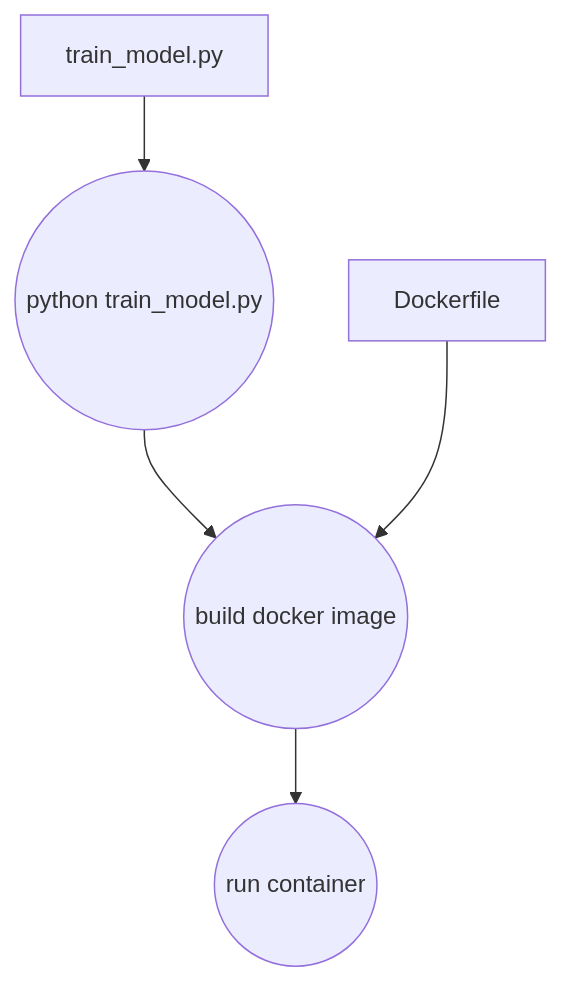
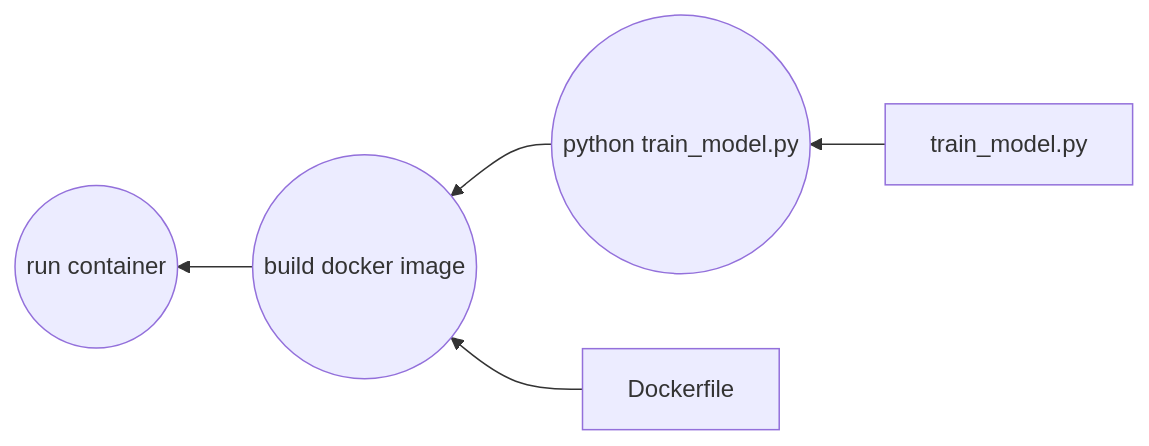
The first of 3 diagrams in README.md (ketut-garjita/E-Commerce-Engagement-ML), drawn with Mermaid before and after one commit.

````diff
--- a/README.md
+++ b/README.md
@@ -111,7 +111,7 @@
 ```mermaid
-   graph TD
+   graph RL
     A((python train_model.py)) --> B((build docker image))
     B --> C((run container))
     train_model.py --> A
     Dockerfile --> B
 ```
````
